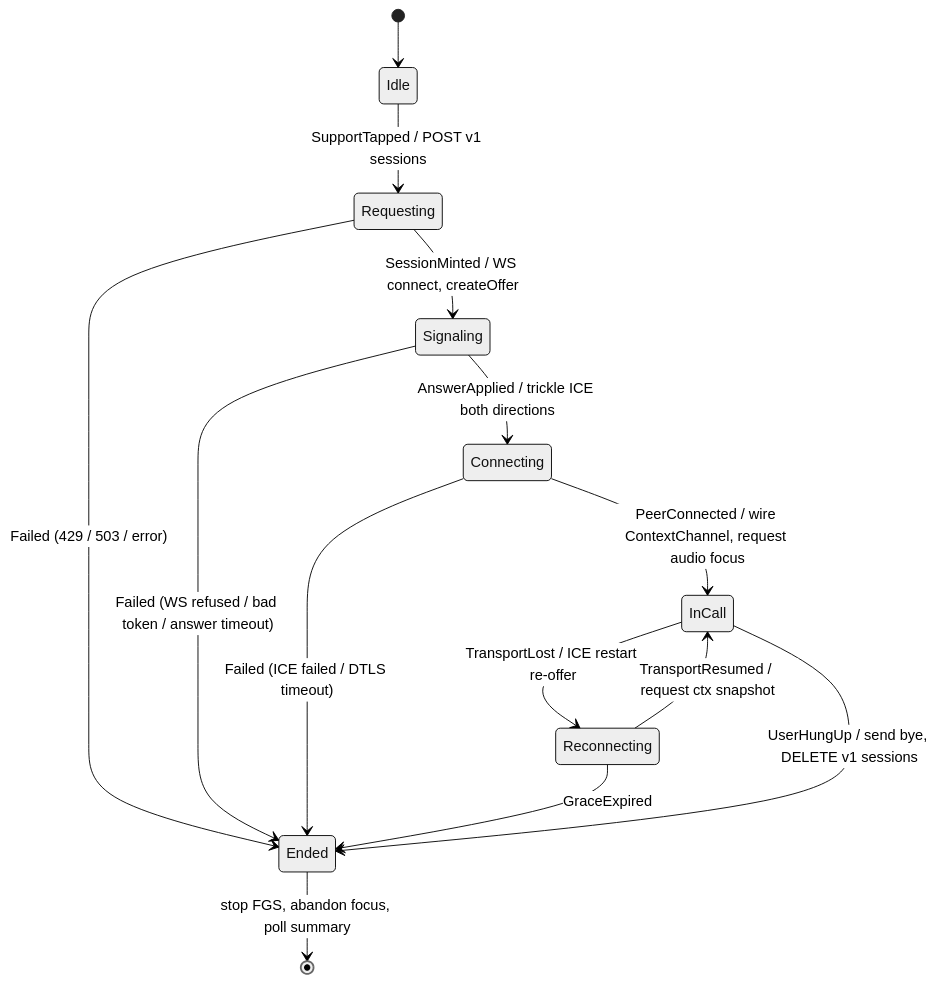
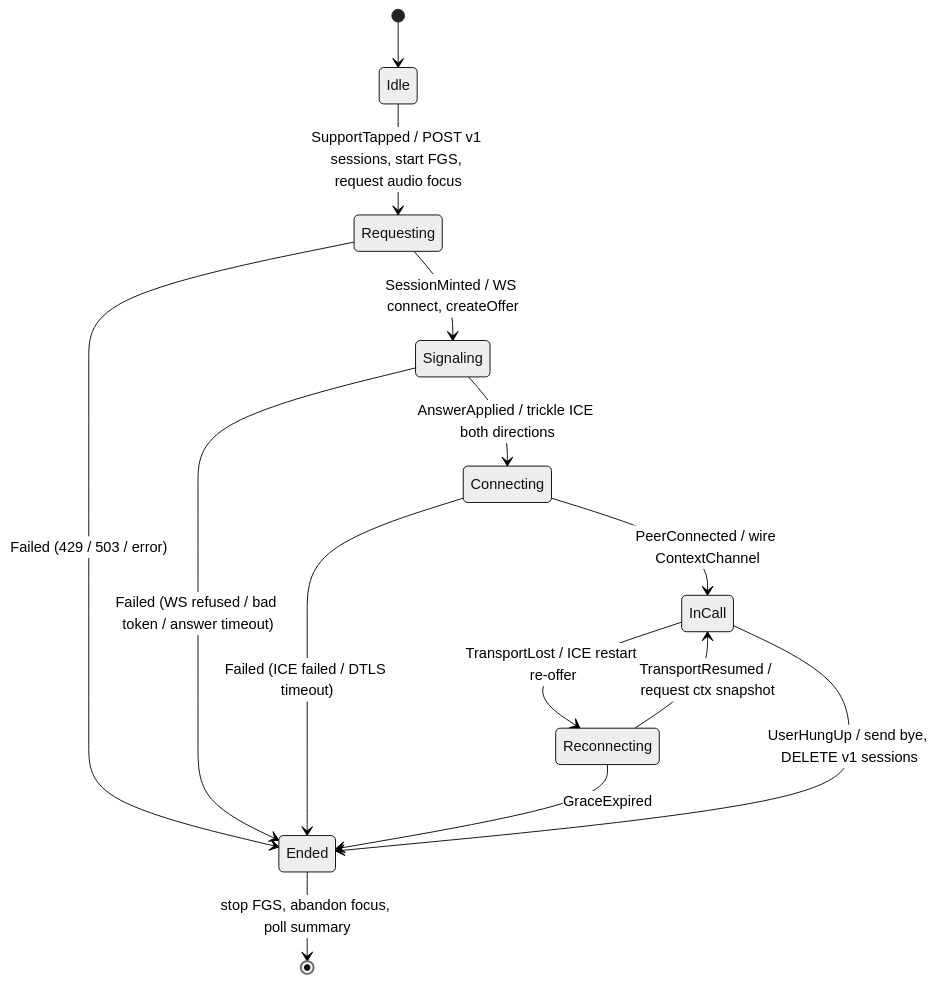
One commit to bibekanandan892/vyaparpay-voice-agent changed the second of 2 diagrams in docs/03-android-architecture.md. Above: the diagram before and after it, drawn with Mermaid (neutral theme). The commit also changed other lines of this file and 1 other file, not shown here.

````diff
--- a/docs/03-android-architecture.md
+++ b/docs/03-android-architecture.md
@@ -182,16 +182,16 @@
 ```mermaid
 stateDiagram-v2
     [*] --> Idle
-    Idle --> Requesting: SupportTapped / POST v1 sessions
+    Idle --> Requesting: SupportTapped / POST v1 sessions, start FGS, request audio focus
     Requesting --> Signaling: SessionMinted / WS connect, createOffer
     Requesting --> Ended: Failed (429 / 503 / error)
     Signaling --> Connecting: AnswerApplied / trickle ICE both directions
     Signaling --> Ended: Failed (WS refused / bad token / answer timeout)
-    Connecting --> InCall: PeerConnected / wire ContextChannel, request audio focus
+    Connecting --> InCall: PeerConnected / wire ContextChannel
     Connecting --> Ended: Failed (ICE failed / DTLS timeout)
     InCall --> Reconnecting: TransportLost / ICE restart re-offer
     Reconnecting --> InCall: TransportResumed / request ctx snapshot
     Reconnecting --> Ended: GraceExpired
     InCall --> Ended: UserHungUp / send bye, DELETE v1 sessions
     Ended --> [*]: stop FGS, abandon focus, poll summary
 ```
````
